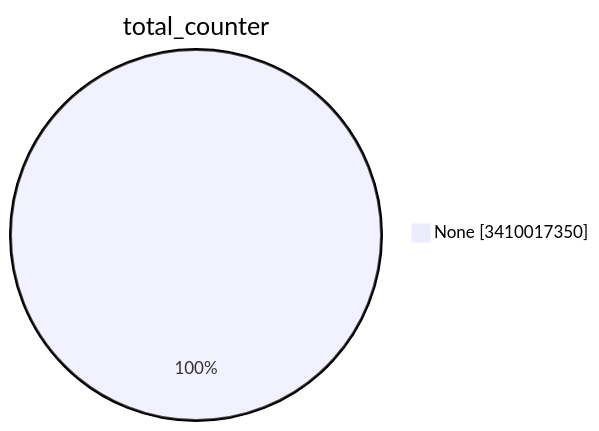
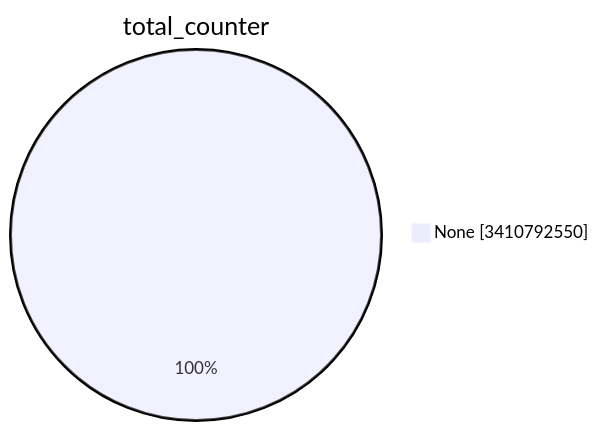
Before and after one commit to christiankrug/ctmonitor_visualization: the first of 15 diagrams in TOTAL/README.md, drawn with Mermaid. The commit also changed other lines of this file, not shown here.

````diff
--- a/TOTAL/README.md
+++ b/TOTAL/README.md
@@ -1,5 +1,5 @@
 ```mermaid
 pie showData
 title total_counter
-"None" :3410017350
+"None" :3410792550
 ```
````
